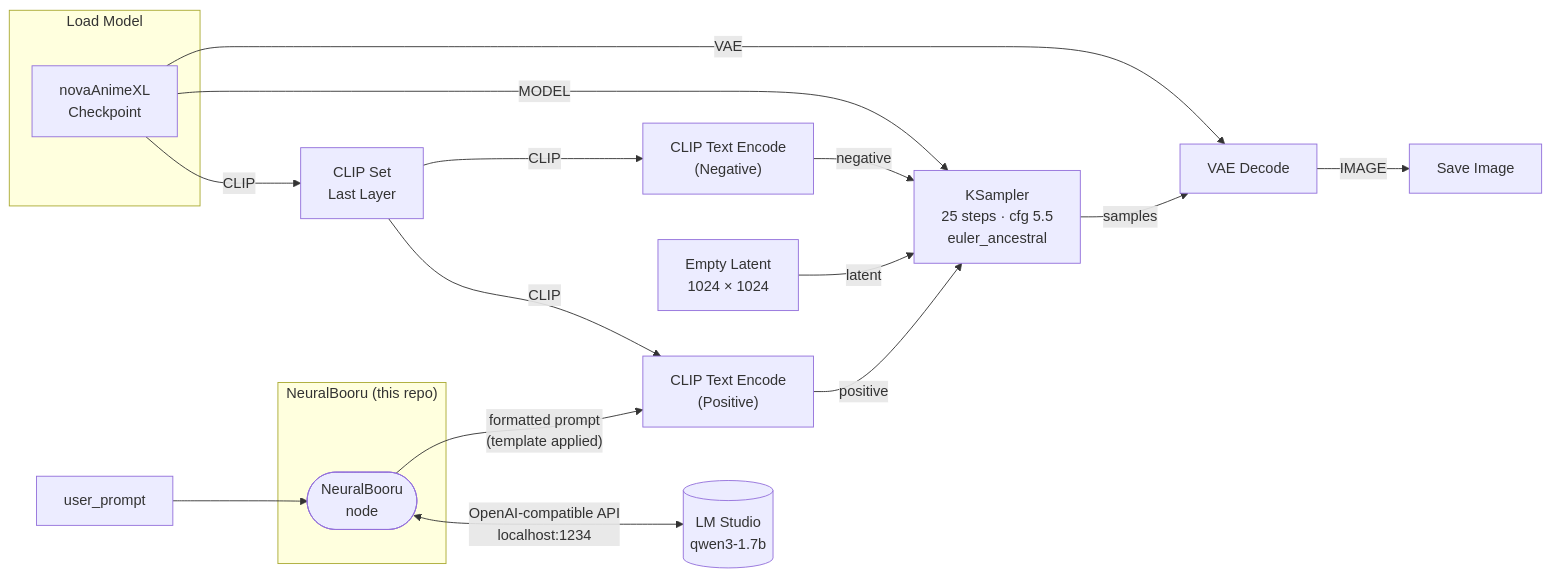
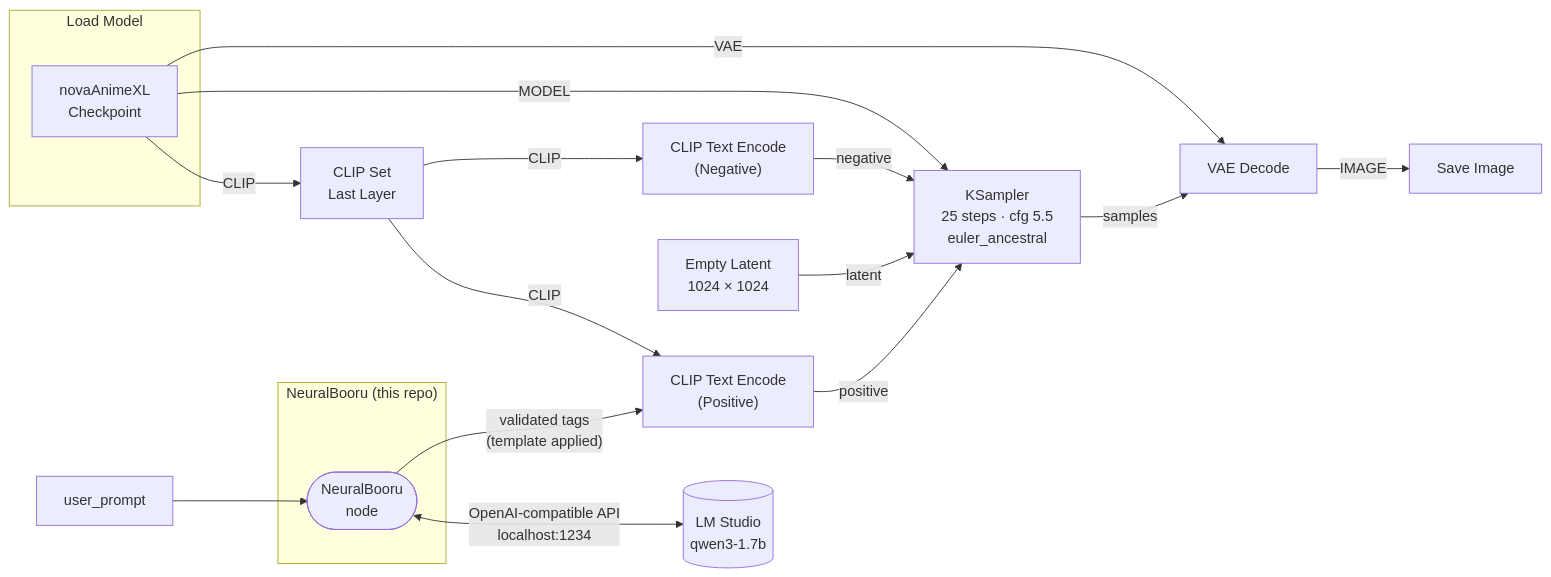
The diagram in README.md (ChrisJohnson89/ComfyUI-NeuralBooru), drawn with Mermaid before and after one commit. The commit also changed other lines of this file and 1 other file, not shown here.

````diff
--- a/README.md
+++ b/README.md
@@ -14,27 +26,27 @@
 ```mermaid
 flowchart LR
     UP["user_prompt"] --> LMB
 
     subgraph NB ["NeuralBooru (this repo)"]
         LMB(["NeuralBooru<br/>node"])
     end
 
     LMB <-->|"OpenAI-compatible API<br/>localhost:1234"| LMS[("LM Studio<br/>qwen3-1.7b")]
 
     subgraph LOAD ["Load Model"]
         CKPT["novaAnimeXL<br/>Checkpoint"]
     end
 
-    LMB -->|"formatted prompt<br/>(template applied)"| POS["CLIP Text Encode<br/>(Positive)"]
+    LMB -->|"validated tags<br/>(template applied)"| POS["CLIP Text Encode<br/>(Positive)"]
     CKPT -->|CLIP| CLIPS["CLIP Set<br/>Last Layer"]
     CLIPS -->|CLIP| POS
     CLIPS -->|CLIP| NEG["CLIP Text Encode<br/>(Negative)"]
     CKPT -->|MODEL| KS["KSampler<br/>25 steps · cfg 5.5<br/>euler_ancestral"]
     CKPT -->|VAE| DEC["VAE Decode"]
 
     POS -->|positive| KS
     NEG -->|negative| KS
     LAT["Empty Latent<br/>1024 × 1024"] -->|latent| KS
     KS -->|samples| DEC
     DEC -->|IMAGE| SAVE["Save Image"]
 ```
````
